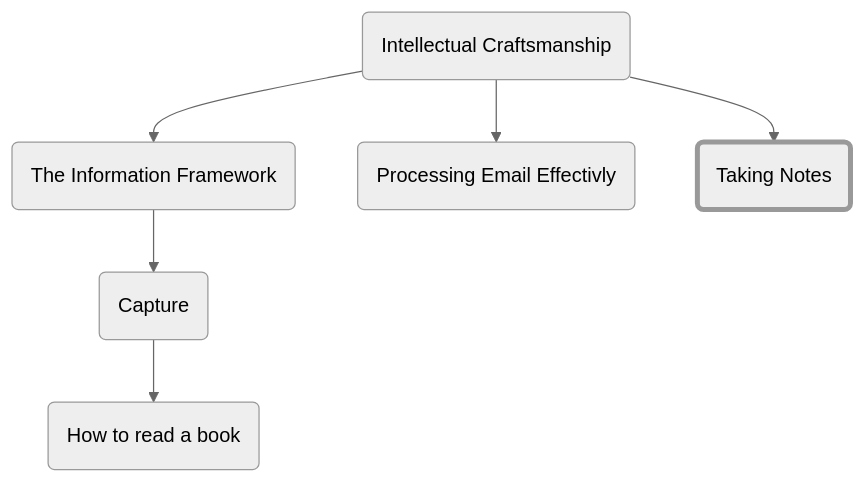
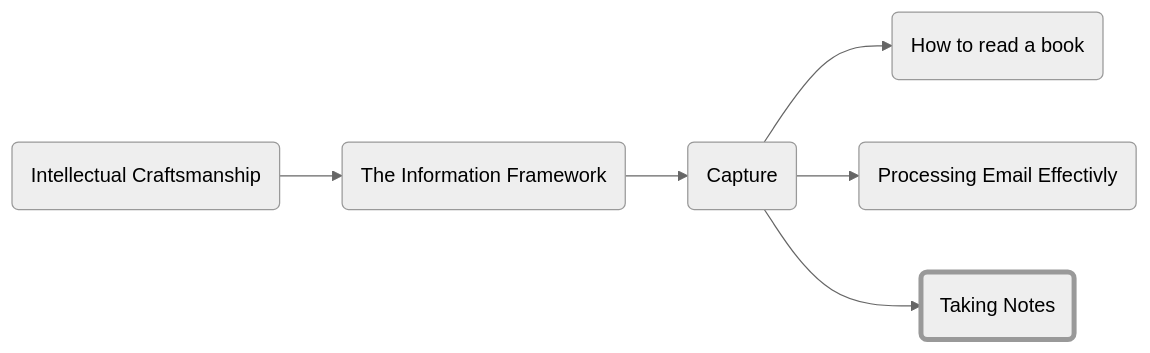
Before and after one commit to forrestpitz/forrestpitz.github.io: the diagram in _posts/2023-01-05-notetaking.md, drawn with Mermaid (neutral theme). The commit also changed 2 other files, not shown here.

Commit message:
fixing capture nav

````diff
--- a/_posts/2023-01-05-notetaking.md
+++ b/_posts/2023-01-05-notetaking.md
@@ -58,16 +58,16 @@
 ```mermaid
-graph TD;
+graph LR;
   A(Intellectual Craftsmanship)-->B(The Information Framework)
   B-->C(Capture)
   C-->D(How to read a book)
-  A-->E(Processing Email Effectivly)
-  A-->F(Taking Notes)
+  C-->E(Processing Email Effectivly)
+  C-->F(Taking Notes)
 
   style F stroke-width:4px
 
   click A "{% post_url 2023-01-05-intro %}"
   click B "{% post_url 2023-01-05-info-framework %}"
   click C "{% post_url 2023-01-05-capture %}"
-  click D "{% post_url 2023-01-05-readabook %}"
   click E "{% post_url 2023-01-05-email %}"
+  click F "{% post_url 2023-01-05-notetaking %}"
 ```
````
